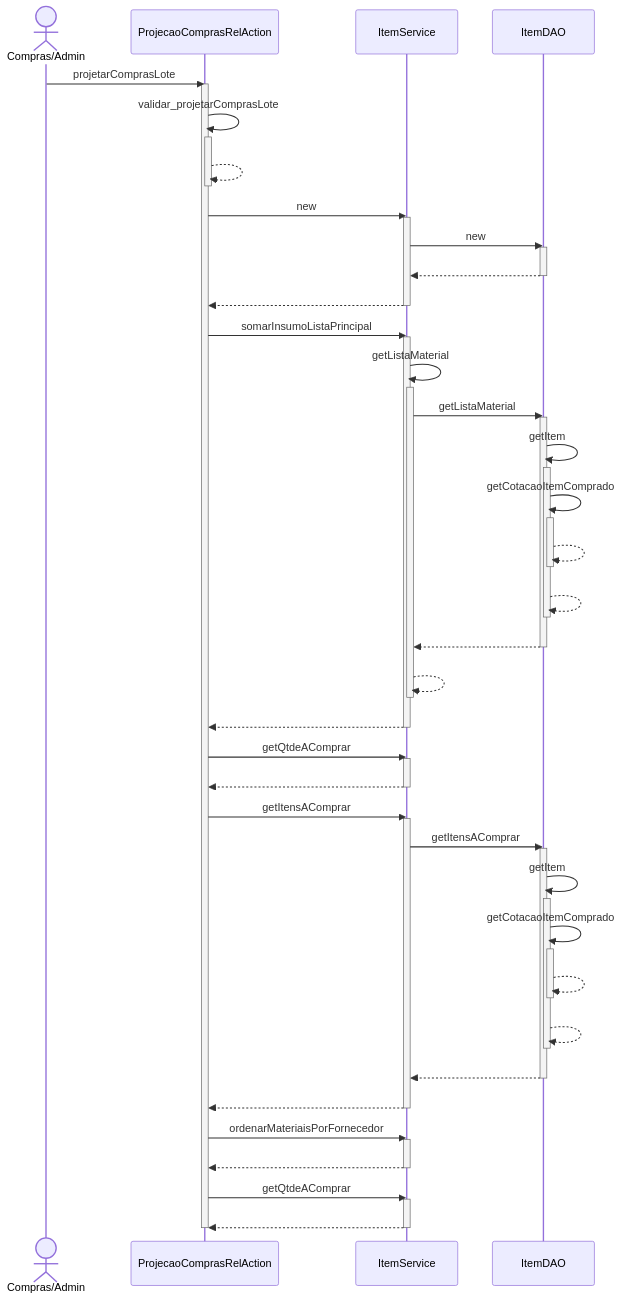
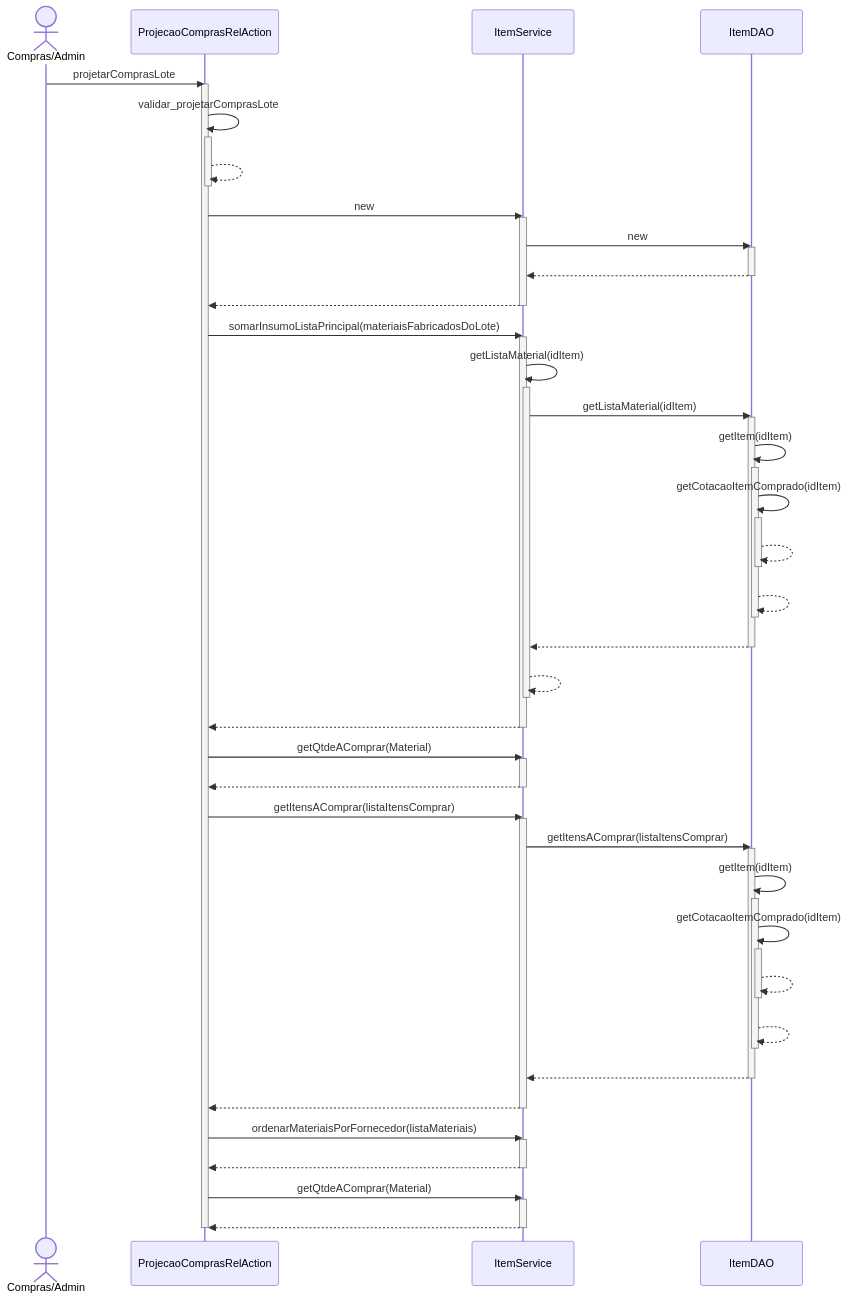
One commit to branqsMRP/SequenceDiagram changed the diagram in DiagramaSequencia/Novo Diagrama Sequencia/Movimentacao/ProjecaoComprasRelAction_projetarComprasLote.mmd. Above: the diagram before and after it, drawn with Mermaid. The commit also changed 5 other files, not shown here.

```diff
--- a/DiagramaSequencia/Novo Diagrama Sequencia/Movimentacao/ProjecaoComprasRelAction_projetarComprasLote.mmd
+++ b/DiagramaSequencia/Novo Diagrama Sequencia/Movimentacao/ProjecaoComprasRelAction_projetarComprasLote.mmd
@@ -1,65 +1,65 @@
 sequenceDiagram
 actor CA as Compras/Admin
 CA ->> ProjecaoComprasRelAction : projetarComprasLote
 activate ProjecaoComprasRelAction
 ProjecaoComprasRelAction ->> ProjecaoComprasRelAction : validar_projetarComprasLote
 activate ProjecaoComprasRelAction
 ProjecaoComprasRelAction -->> ProjecaoComprasRelAction : #32; 
 deactivate ProjecaoComprasRelAction
 ProjecaoComprasRelAction ->> ItemService : new
 activate ItemService
 ItemService ->> ItemDAO : new
 activate ItemDAO
 ItemDAO -->> ItemService : #32; 
 deactivate ItemDAO
 ItemService -->> ProjecaoComprasRelAction : #32; 
 deactivate ItemService
-ProjecaoComprasRelAction ->> ItemService : somarInsumoListaPrincipal
+ProjecaoComprasRelAction ->> ItemService : somarInsumoListaPrincipal(materiaisFabricadosDoLote)
 activate ItemService
-ItemService ->> ItemService : getListaMaterial
+ItemService ->> ItemService : getListaMaterial(idItem)
 activate ItemService
-ItemService ->> ItemDAO : getListaMaterial
+ItemService ->> ItemDAO : getListaMaterial(idItem)
 activate ItemDAO
-ItemDAO ->> ItemDAO : getItem
+ItemDAO ->> ItemDAO : getItem(idItem)
 activate ItemDAO
-ItemDAO ->> ItemDAO : getCotacaoItemComprado
+ItemDAO ->> ItemDAO : getCotacaoItemComprado(idItem)
 activate ItemDAO
 ItemDAO -->> ItemDAO : #32; 
 deactivate ItemDAO
 ItemDAO -->> ItemDAO : #32; 
 deactivate ItemDAO
 ItemDAO -->> ItemService : #32; 
 deactivate ItemDAO
 ItemService -->> ItemService : #32; 
 deactivate ItemService
 ItemService -->> ProjecaoComprasRelAction : #32; 
 deactivate ItemService
-ProjecaoComprasRelAction ->> ItemService : getQtdeAComprar
+ProjecaoComprasRelAction ->> ItemService : getQtdeAComprar(Material)
 activate ItemService
 ItemService -->> ProjecaoComprasRelAction : #32; 
 deactivate ItemService
-ProjecaoComprasRelAction ->> ItemService : getItensAComprar
+ProjecaoComprasRelAction ->> ItemService : getItensAComprar(listaItensComprar)
 activate ItemService
-ItemService ->> ItemDAO : getItensAComprar
+ItemService ->> ItemDAO : getItensAComprar(listaItensComprar)
 activate ItemDAO
-ItemDAO ->> ItemDAO : getItem
+ItemDAO ->> ItemDAO : getItem(idItem)
 activate ItemDAO
-ItemDAO ->> ItemDAO : getCotacaoItemComprado
+ItemDAO ->> ItemDAO : getCotacaoItemComprado(idItem)
 activate ItemDAO
 ItemDAO -->> ItemDAO : #32; 
 deactivate ItemDAO
 ItemDAO -->> ItemDAO : #32; 
 deactivate ItemDAO
 ItemDAO -->> ItemService : #32; 
 deactivate ItemDAO
 ItemService -->> ProjecaoComprasRelAction : #32; 
 deactivate ItemService
-ProjecaoComprasRelAction ->> ItemService : ordenarMateriaisPorFornecedor
+ProjecaoComprasRelAction ->> ItemService : ordenarMateriaisPorFornecedor(listaMateriais)
 activate ItemService
 ItemService -->> ProjecaoComprasRelAction : #32; 
 deactivate ItemService
-ProjecaoComprasRelAction ->> ItemService : getQtdeAComprar
+ProjecaoComprasRelAction ->> ItemService : getQtdeAComprar(Material)
 activate ItemService
 ItemService -->> ProjecaoComprasRelAction : #32; 
 deactivate ItemService
 deactivate ProjecaoComprasRelAction
```
